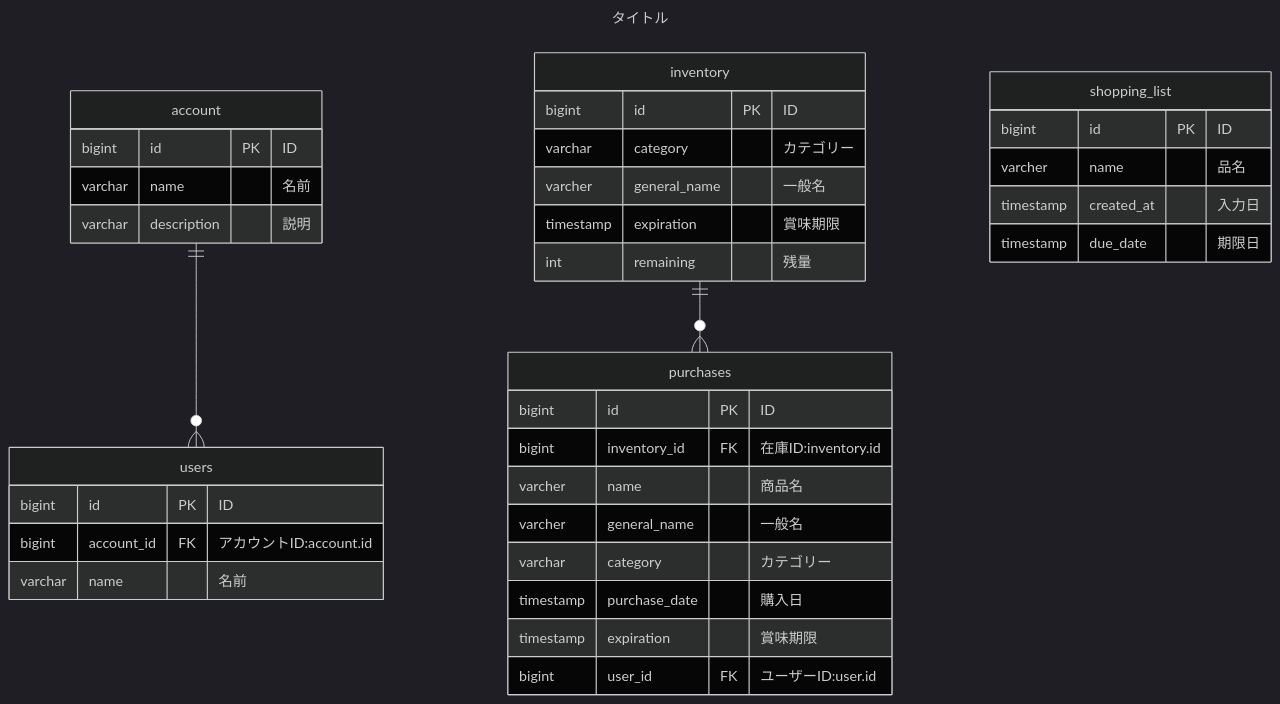
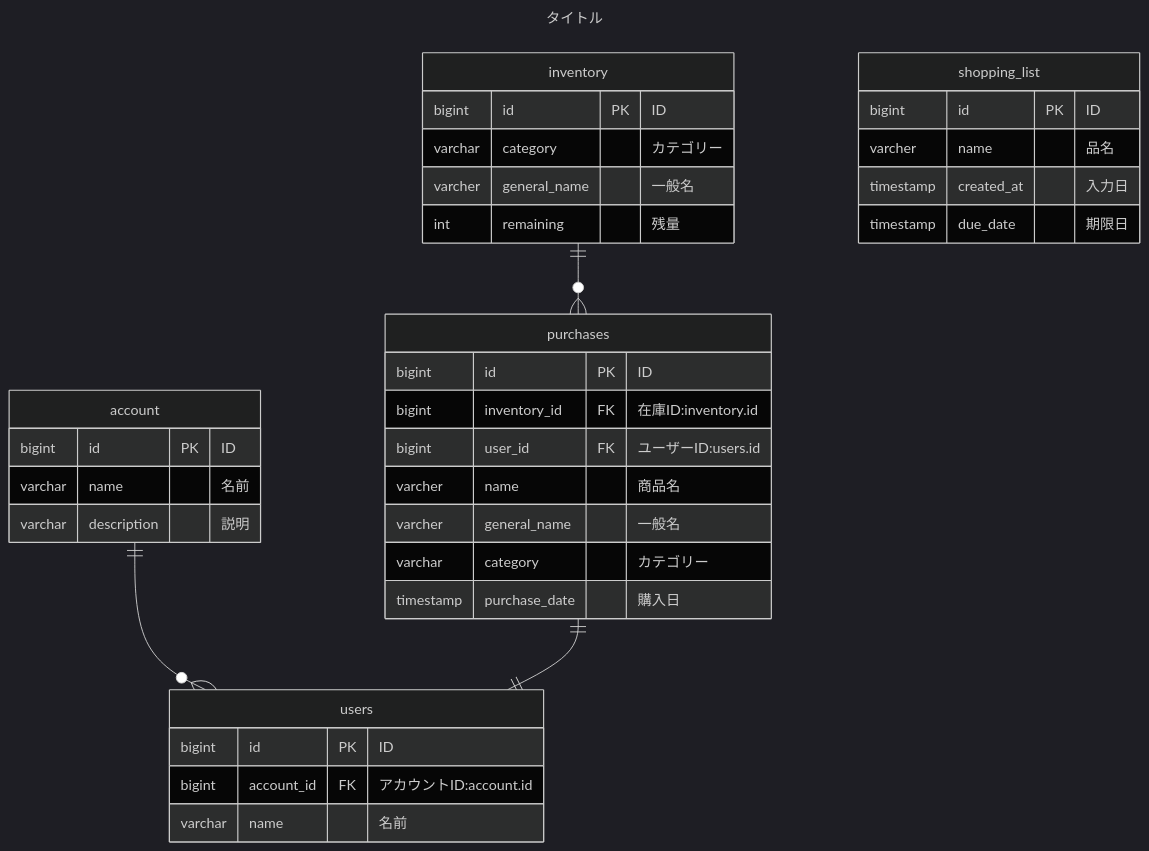
The diagram in doc/fridge-inventory.md (kurutto/fridge-inventory), drawn with Mermaid (dark theme) before and after one commit.

Commit message:
不足していたリレーションの追加

````diff
--- a/doc/fridge-inventory.md
+++ b/doc/fridge-inventory.md
@@ -5,43 +5,42 @@
 ```mermaid
 ---
 title: "タイトル"
 ---
 erDiagram
 
     account ||--o{ users : ""
     inventory ||--o{ purchases : ""
+    purchases ||--|| users : ""
 
     account {
         bigint id PK "ID"
         varchar name "名前"
         varchar description "説明"
     }
     users {
         bigint id PK "ID"
         bigint account_id FK "アカウントID:account.id"
         varchar name "名前"
     }
     inventory {
         bigint id PK "ID"
         varchar category "カテゴリー"
         varcher general_name "一般名"
-        timestamp expiration "賞味期限"
         int remaining "残量"
     }
     purchases {
         bigint id PK "ID"
         bigint inventory_id FK "在庫ID:inventory.id"
+        bigint user_id FK "ユーザーID:users.id"
         varcher name "商品名"
         varcher general_name "一般名"
         varchar category "カテゴリー"
         timestamp purchase_date "購入日"
-        timestamp expiration "賞味期限"
-        bigint user_id FK "ユーザーID:user.id"
     }
     shopping_list {
         bigint id PK "ID"
         varcher name "品名"
         timestamp created_at "入力日"
         timestamp due_date "期限日"
     }
 ```
````
